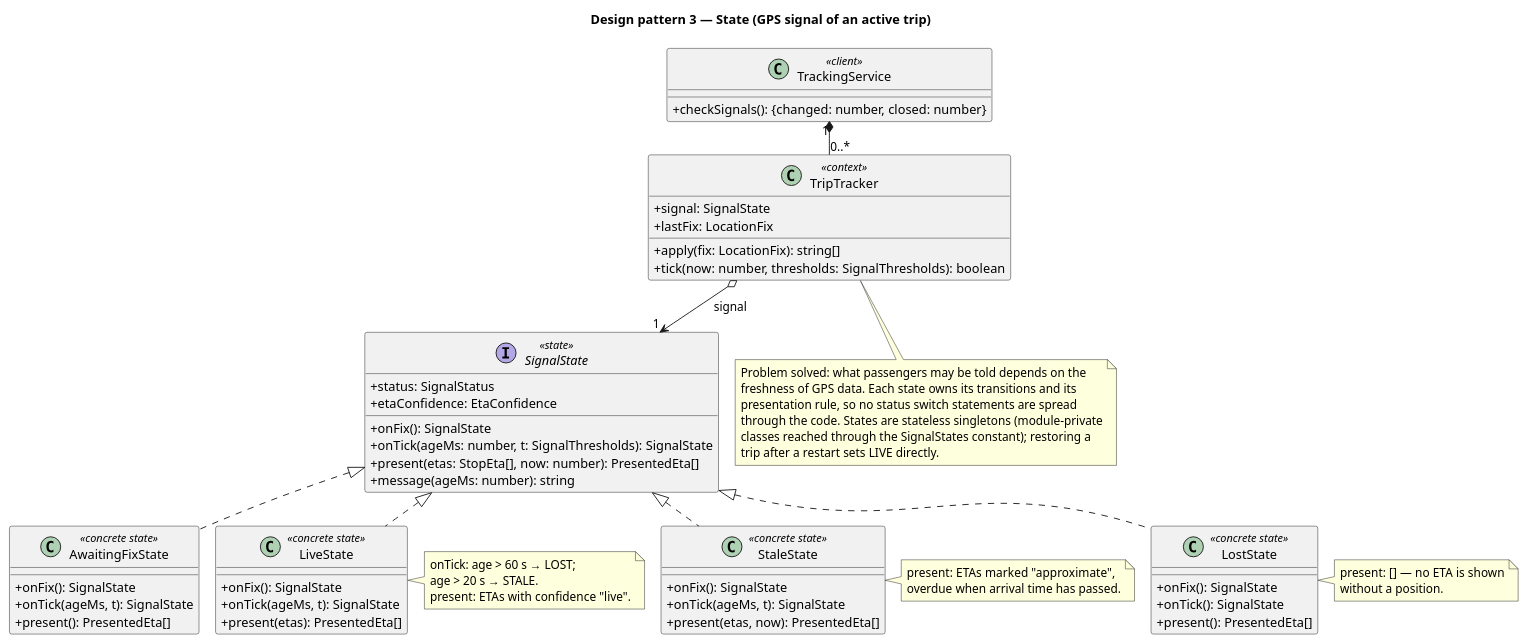
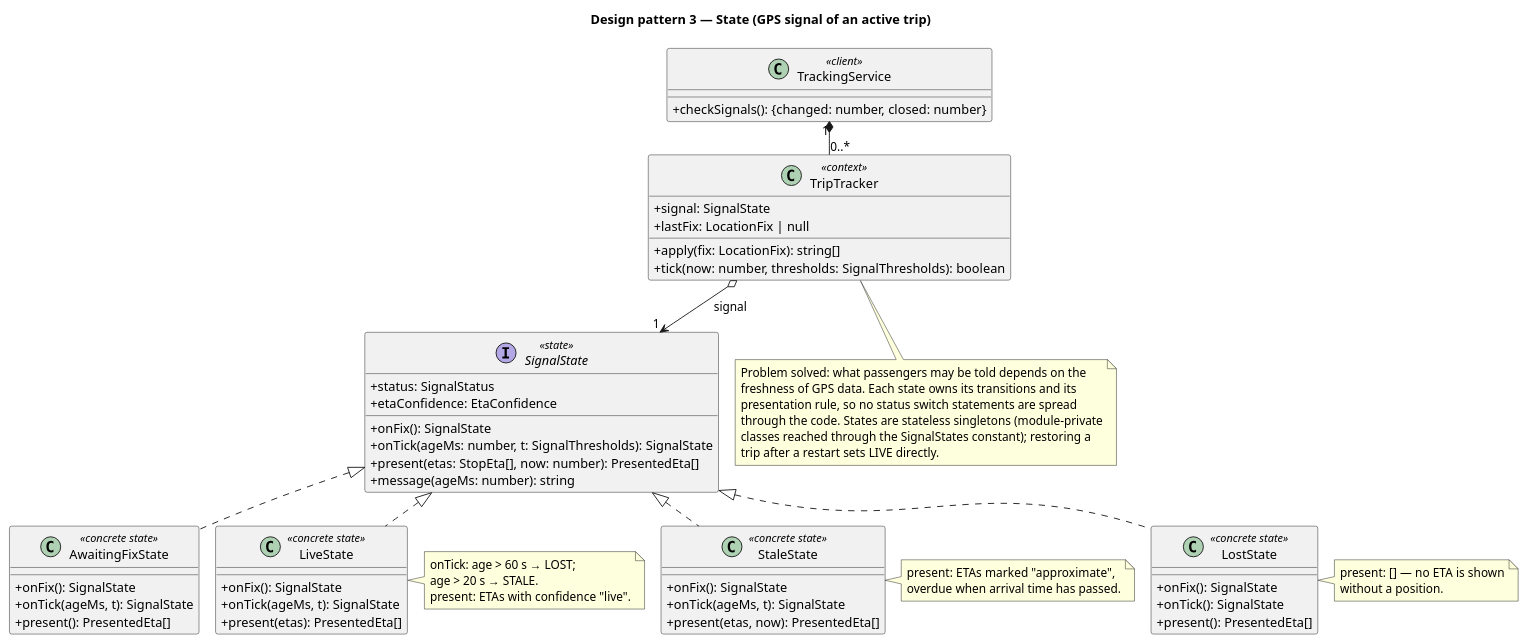
Before and after one commit to abdullahshammari796-ctrl/CampusShuttle: the diagram in docs/uml/14-pattern-state.puml, drawn with PlantUML. The commit also changed 14 other files, not shown here.

First line of the commit message:
docs(uml): correct 10 diagram sources after a second member-by-member comparison

```diff
--- a/docs/uml/14-pattern-state.puml
+++ b/docs/uml/14-pattern-state.puml
@@ -1,74 +1,74 @@
 @startuml 14-pattern-state
 !pragma layout smetana
 skinparam shadowing false
 skinparam defaultFontName Arial
 skinparam classAttributeIconSize 0
 title Design pattern 3 — State (GPS signal of an active trip)
 
 class TripTracker <<context>> {
   +signal: SignalState
-  +lastFix: LocationFix
+  +lastFix: LocationFix | null
   +apply(fix: LocationFix): string[]
   +tick(now: number, thresholds: SignalThresholds): boolean
 }
 interface SignalState <<state>> {
   +status: SignalStatus
   +etaConfidence: EtaConfidence
   +onFix(): SignalState
   +onTick(ageMs: number, t: SignalThresholds): SignalState
   +present(etas: StopEta[], now: number): PresentedEta[]
   +message(ageMs: number): string
 }
 class AwaitingFixState <<concrete state>> {
   +onFix(): SignalState
   +onTick(ageMs, t): SignalState
   +present(): PresentedEta[]
 }
 class LiveState <<concrete state>> {
   +onFix(): SignalState
   +onTick(ageMs, t): SignalState
   +present(etas): PresentedEta[]
 }
 class StaleState <<concrete state>> {
   +onFix(): SignalState
   +onTick(ageMs, t): SignalState
   +present(etas, now): PresentedEta[]
 }
 class LostState <<concrete state>> {
   +onFix(): SignalState
   +onTick(): SignalState
   +present(): PresentedEta[]
 }
 class TrackingService <<client>> {
   +checkSignals(): {changed: number, closed: number}
 }
 
 TripTracker o--> "1" SignalState : signal
 SignalState <|.. AwaitingFixState
 SignalState <|.. LiveState
 SignalState <|.. StaleState
 SignalState <|.. LostState
 TrackingService "1" *-- "0..*" TripTracker
 
 note right of LiveState
   onTick: age > 60 s → LOST;
   age > 20 s → STALE.
   present: ETAs with confidence "live".
 end note
 note right of StaleState
   present: ETAs marked "approximate",
   overdue when arrival time has passed.
 end note
 note right of LostState
   present: [] — no ETA is shown
   without a position.
 end note
 note bottom of TripTracker
   Problem solved: what passengers may be told depends on the
   freshness of GPS data. Each state owns its transitions and its
   presentation rule, so no status switch statements are spread
   through the code. States are stateless singletons (module-private
   classes reached through the SignalStates constant); restoring a
   trip after a restart sets LIVE directly.
 end note
 @enduml
```
